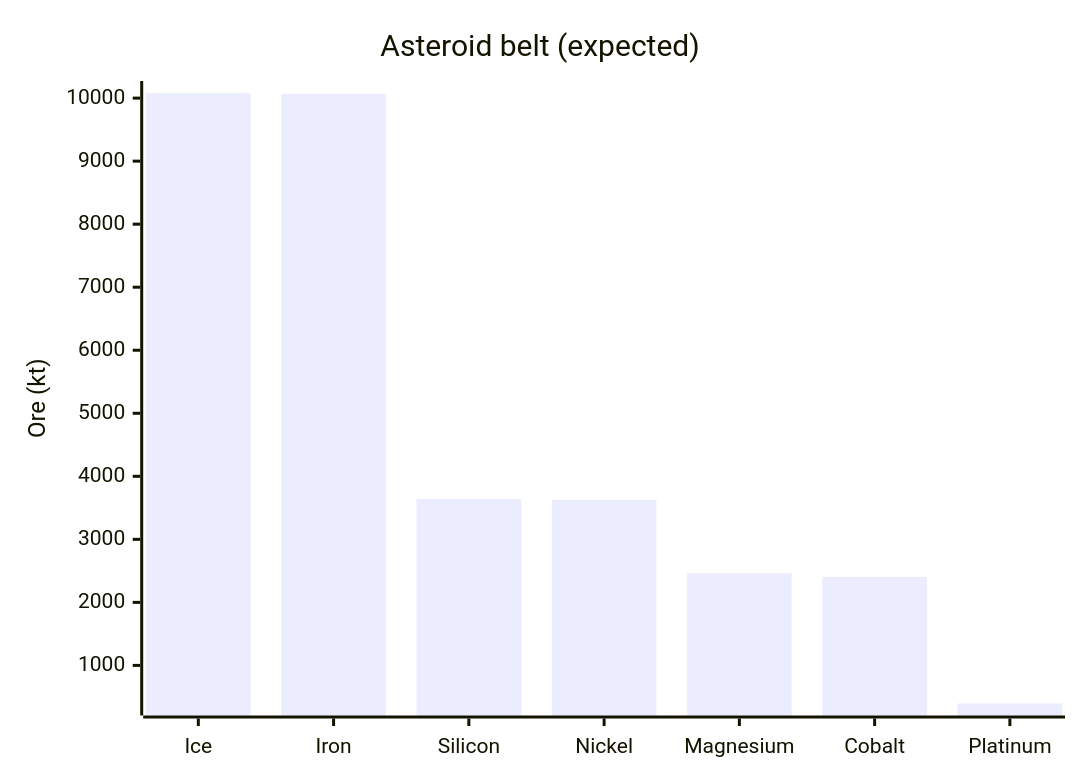
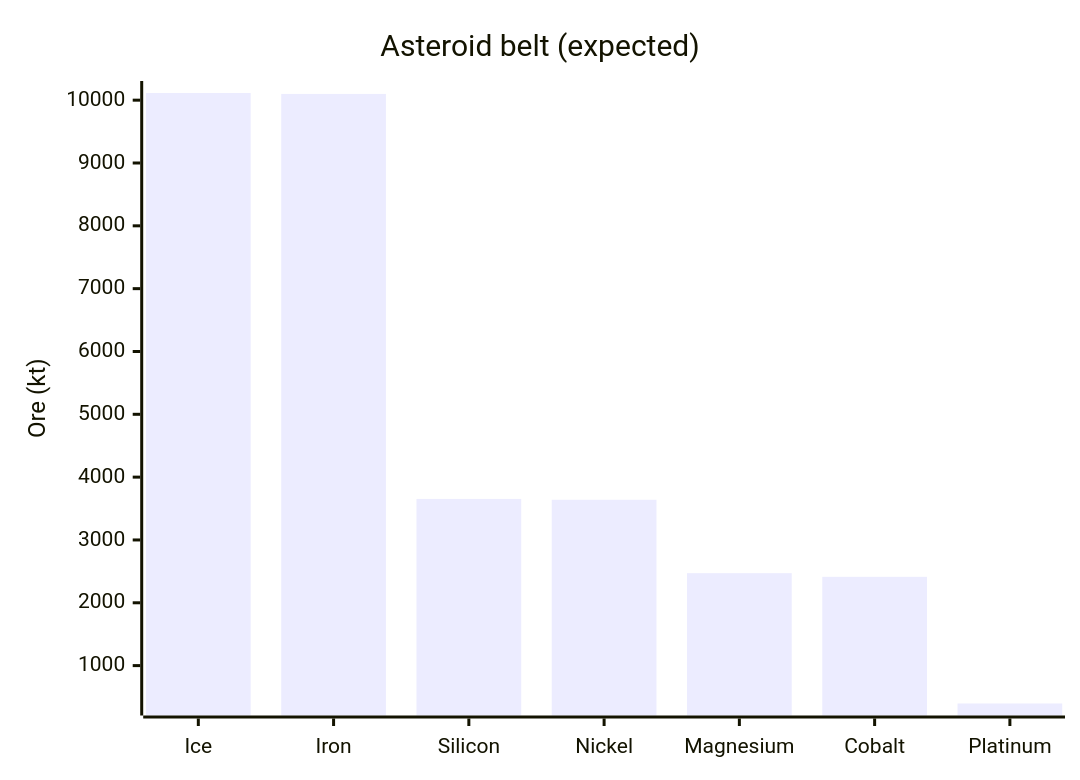
Before and after one commit to CometWorks/worlds: the third of 4 diagrams in octahedron/ORES.md, drawn with Mermaid. The commit also changed other lines of this file and 832 other files, not shown here.

````diff
--- a/octahedron/ORES.md
+++ b/octahedron/ORES.md
@@ -91,7 +91,7 @@
 ```mermaid
 xychart-beta
     title "Asteroid belt (expected)"
     x-axis ["Ice", "Iron", "Silicon", "Nickel", "Magnesium", "Cobalt", "Platinum"]
     y-axis "Ore (kt)"
-    bar [10081.2, 10066.6, 3641.0, 3627.9, 2463.3, 2405.0, 395.6]
+    bar [10114.1, 10099.5, 3652.9, 3639.7, 2471.3, 2412.9, 396.9]
 ```
````
